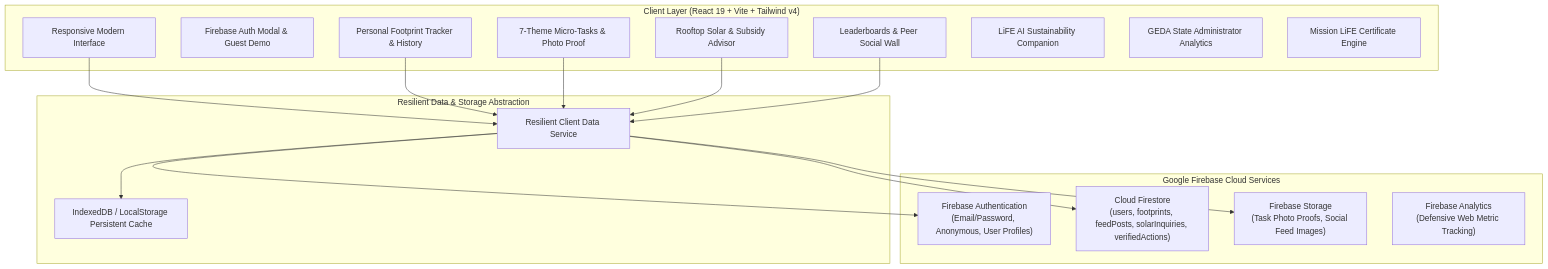
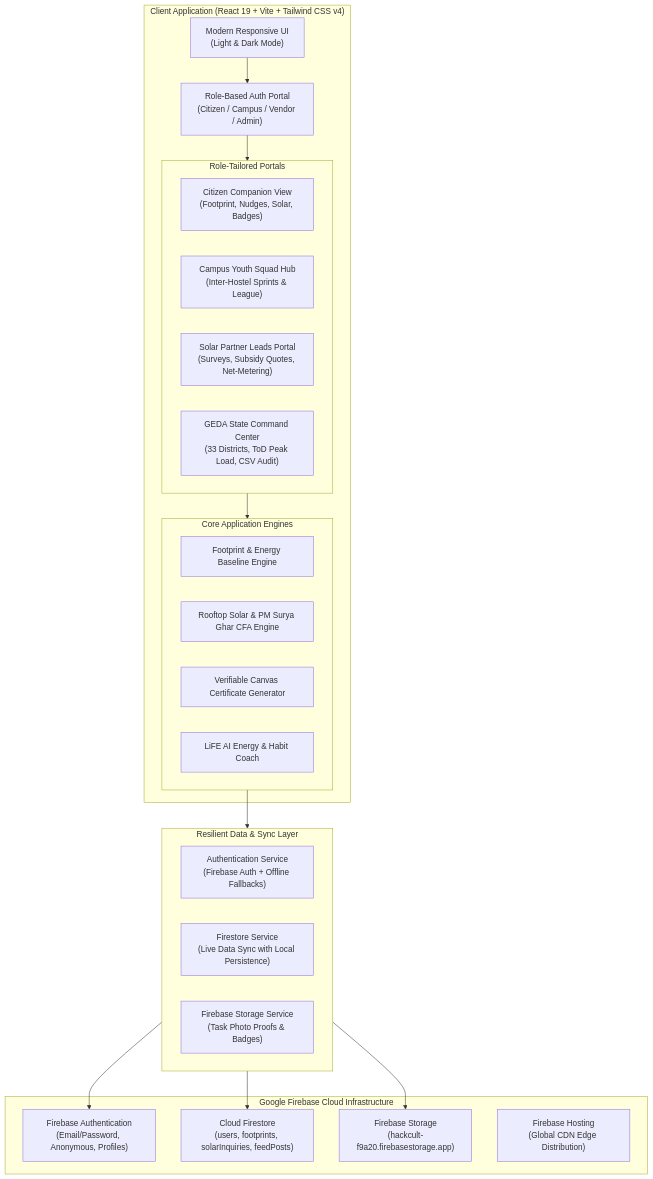
Before and after one commit to pratitdedhia/Mission-LiFE: the diagram in README.md, drawn with Mermaid. The commit also changed other lines of this file and 2 other files, not shown here.

Commit message:
docs: comprehensive README with architecture, role portals, demo logins, and system specifications

````diff
--- a/README.md
+++ b/README.md
@@ -23,36 +40,42 @@
 ```mermaid
 flowchart TD
-    subgraph Frontend["Client Layer (React 19 + Vite + Tailwind v4)"]
-        UI[Responsive Modern Interface]
-        AuthUI[Firebase Auth Modal & Guest Demo]
-        Tracker[Personal Footprint Tracker & History]
-        Missions[7-Theme Micro-Tasks & Photo Proof]
-        SolarCalc[Rooftop Solar & Subsidy Advisor]
-        Community[Leaderboards & Peer Social Wall]
-        AICoach[LiFE AI Sustainability Companion]
-        AdminView[GEDA State Administrator Analytics]
-        PledgeCert[Mission LiFE Certificate Engine]
+    subgraph Client["Client Application (React 19 + Vite + Tailwind CSS v4)"]
+        UI["Modern Responsive UI\n(Light & Dark Mode)"]
+        AuthModal["Role-Based Auth Portal\n(Citizen / Campus / Vendor / Admin)"]
+        
+        subgraph Dashboards["Role-Tailored Portals"]
+            CitizenView["Citizen Companion View\n(Footprint, Nudges, Solar, Badges)"]
+            CampusView["Campus Youth Squad Hub\n(Inter-Hostel Sprints & League)"]
+            VendorView["Solar Partner Leads Portal\n(Surveys, Subsidy Quotes, Net-Metering)"]
+            AdminView["GEDA State Command Center\n(33 Districts, ToD Peak Load, CSV Audit)"]
+        end
+        
+        subgraph Engines["Core Application Engines"]
+            FootprintEngine["Footprint & Energy Baseline Engine"]
+            SolarEngine["Rooftop Solar & PM Surya Ghar CFA Engine"]
+            CertEngine["Verifiable Canvas Certificate Generator"]
+            AIEngine["LiFE AI Energy & Habit Coach"]
+        end
     end
 
-    subgraph Resilience["Resilient Data & Storage Abstraction"]
-        DataLayer[Resilient Client Data Service]
-        LocalCache[IndexedDB / LocalStorage Persistent Cache]
+    subgraph DataServices["Resilient Data & Sync Layer"]
+        AuthService["Authentication Service\n(Firebase Auth + Offline Fallbacks)"]
+        FirestoreService["Firestore Service\n(Live Data Sync with Local Persistence)"]
+        StorageService["Firebase Storage Service\n(Task Photo Proofs & Badges)"]
     end
 
-    subgraph FirebaseCloud["Google Firebase Cloud Services"]
-        FBAuth["Firebase Authentication\n(Email/Password, Anonymous, User Profiles)"]
-        Firestore["Cloud Firestore\n(users, footprints, feedPosts, solarInquiries, verifiedActions)"]
-        Storage["Firebase Storage\n(Task Photo Proofs, Social Feed Images)"]
-        Analytics["Firebase Analytics\n(Defensive Web Metric Tracking)"]
+    subgraph FirebaseCloud["Google Firebase Cloud Infrastructure"]
+        FBAuth["Firebase Authentication\n(Email/Password, Anonymous, Profiles)"]
+        FBDb["Cloud Firestore\n(users, footprints, solarInquiries, feedPosts)"]
+        FBStorage["Firebase Storage\n(hackcult-f9a20.firebasestorage.app)"]
+        FBHosting["Firebase Hosting\n(Global CDN Edge Distribution)"]
     end
 
-    UI --> DataLayer
-    Tracker --> DataLayer
-    Missions --> DataLayer
-    SolarCalc --> DataLayer
-    Community --> DataLayer
-    DataLayer --> FBAuth
-    DataLayer --> Firestore
-    DataLayer --> Storage
-    DataLayer --> LocalCache
+    UI --> AuthModal
+    AuthModal --> Dashboards
+    Dashboards --> Engines
+    Engines --> DataServices
+    DataServices --> FBAuth
+    DataServices --> FBDb
+    DataServices --> FBStorage
 ```
````
